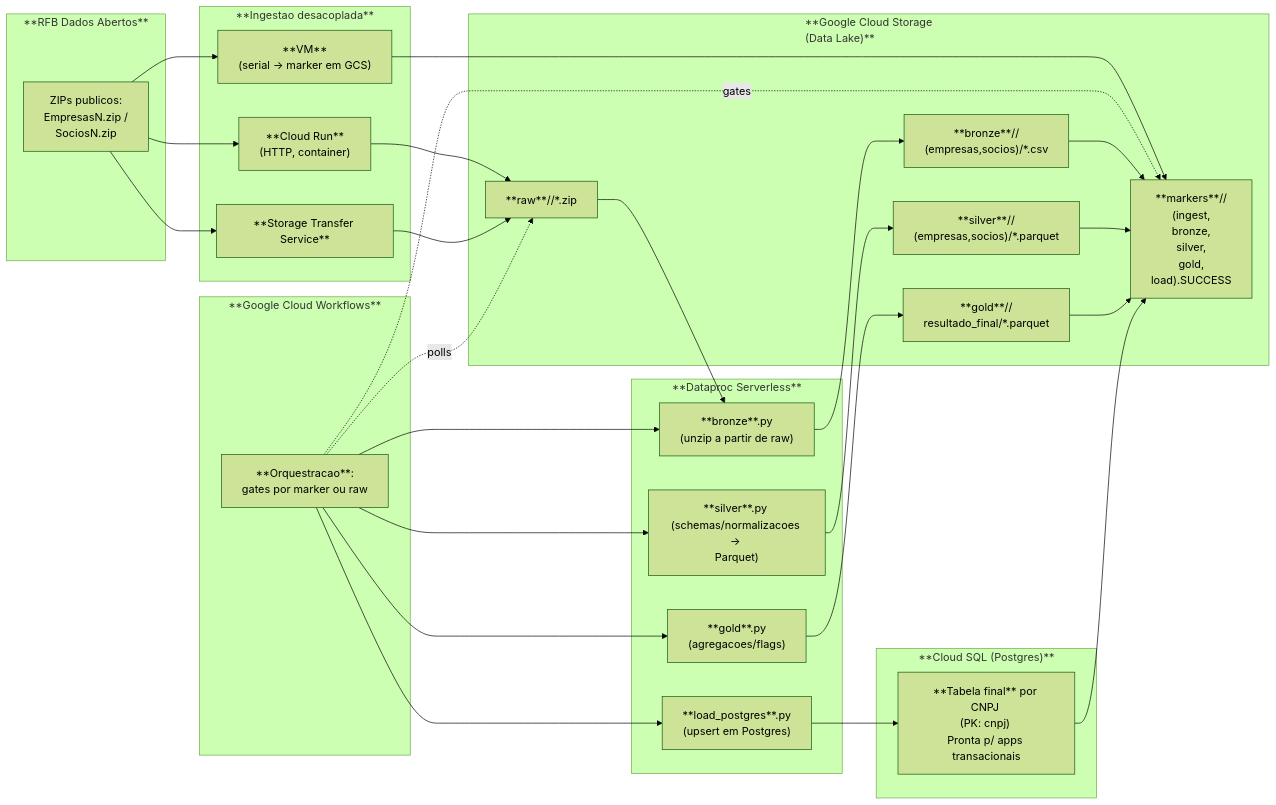
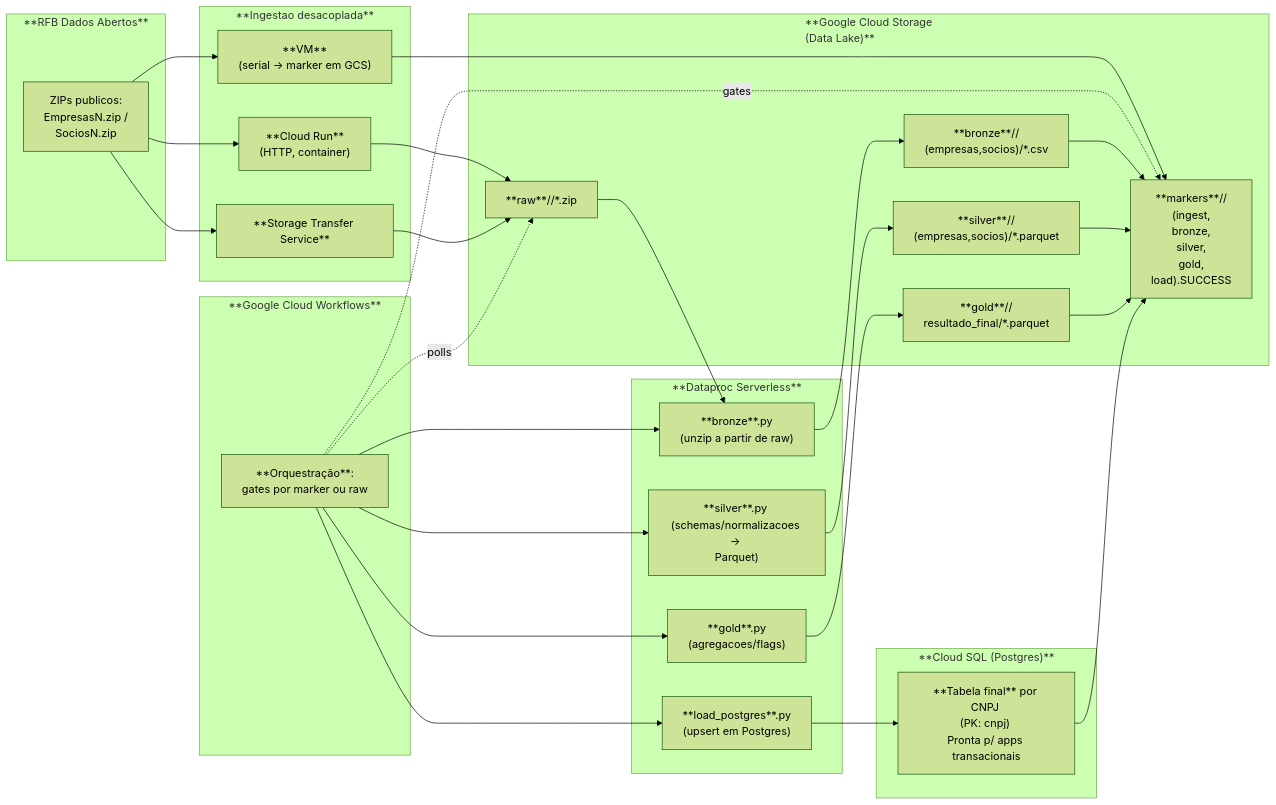
The diagram in README.md (jaquerando/case_stone), drawn with Mermaid (forest theme) before and after one commit. The commit also changed other lines of this file, not shown here.

````diff
--- a/README.md
+++ b/README.md
@@ -13,63 +13,63 @@
 ```mermaid
 flowchart LR
 
   %% === SOURCES ===
   subgraph SRC["**RFB Dados Abertos**"]
     s1["ZIPs publicos:<br/> EmpresasN.zip / <br/>SociosN.zip"]
   end
 
   %% === INGEST ===
   subgraph ING["**Ingestao desacoplada**"]
     A["**Cloud Run** <br/>(HTTP, container)"]
     B["**Storage Transfer Service**"]
     C["**VM** <br/>(serial -> marker em GCS)"]
   end
 
   %% === STORAGE ===
   subgraph GCS["**Google Cloud Storage <br/>(Data Lake)**"]
     raw["**raw**/<run_id>/*.zip"]
     brz["**bronze**/<run_id>/<br/>(empresas,socios)/*.csv"]
     slv["**silver**/<run_id>/<br/>(empresas,socios)/*.parquet"]
     gld["**gold**/<run_id>/<br/>resultado_final/*.parquet"]
     mrk["**markers**/<run_id>/<br/>(ingest,<br/>bronze,<br/>silver,<br/>gold,<br/>load).SUCCESS"]
   end
 
   %% === WORKFLOWS ===
   subgraph WF["**Google Cloud Workflows**"]
-    wf1["**Orquestracao**: <br/>gates por marker ou raw"]
+    wf1["**Orquestração**: <br/>gates por marker ou raw"]
   end
 
   %% === SPARK ===
   subgraph DP["**Dataproc Serverless**"]
     p1["**bronze**.py <br/>(unzip a partir de raw)"]
     p2["**silver**.py <br/>(schemas/normalizacoes -> <br/>Parquet)"]
     p3["**gold**.py <br/>(agregacoes/flags)"]
     p4["**load_postgres**.py <br/>(upsert em Postgres)"]
   end
 
   %% === DB ===
   subgraph SQL["**Cloud SQL (Postgres)**"]
     tbl["**Tabela final** por CNPJ <br/>(PK: cnpj) <br/>Pronta p/ apps transacionais"]
   end
 
   %% === FLUXOS DE DADOS ===
   s1 --> A
   s1 --> B
   s1 --> C
 
   A --> raw
   B --> raw
   C --> mrk
 
   %% join: bronze consome raw; workflows vigia raw/marker
   raw --> p1
   wf1 -. polls .-> raw
   wf1 -. gates .-> mrk
 
   %% pipeline medallion
   wf1 --> p1 --> brz --> mrk
   wf1 --> p2 --> slv --> mrk
   wf1 --> p3 --> gld --> mrk
   wf1 --> p4 --> tbl --> mrk
 
 ```
````
